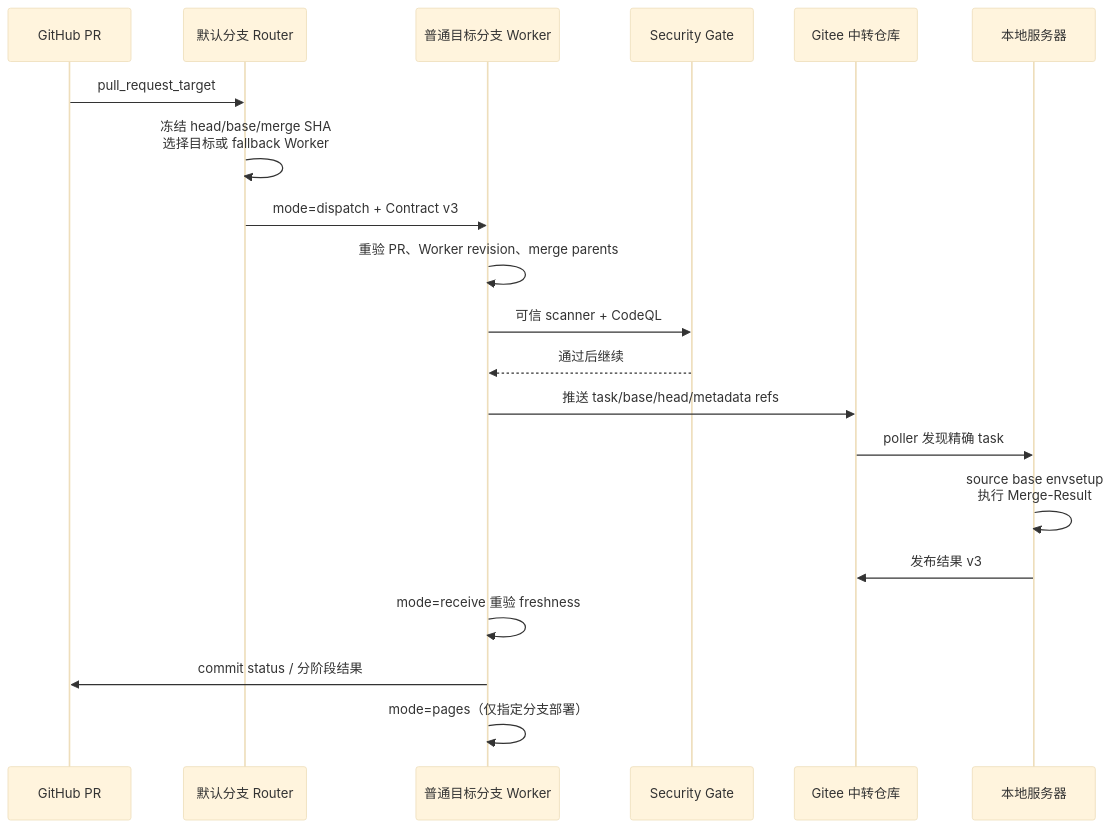
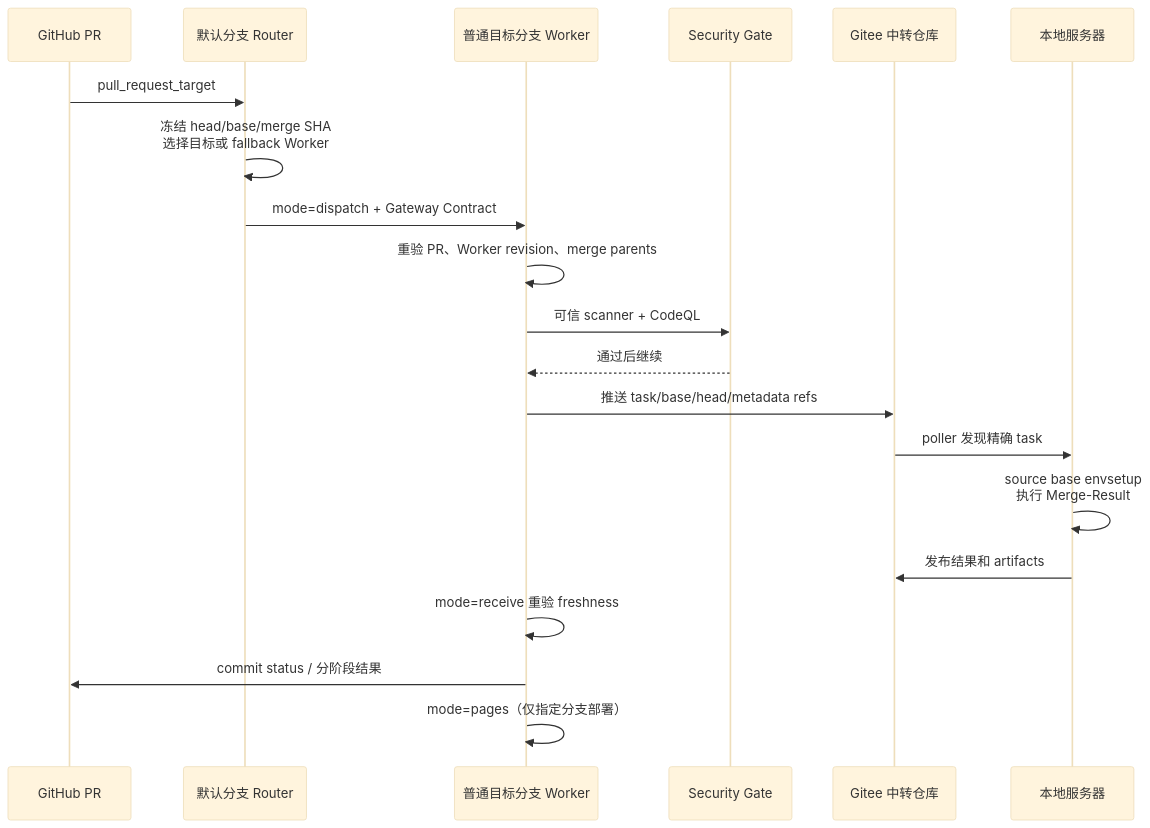
Before and after one commit to anteloper-c/triton-anchor: the diagram in docs/multibranch_ci_gateway_zh.md, drawn with Mermaid (base theme). The commit also changed other lines of this file and 13 other files, not shown here.

````diff
--- a/docs/multibranch_ci_gateway_zh.md
+++ b/docs/multibranch_ci_gateway_zh.md
@@ -59,23 +59,23 @@
 ```mermaid
 sequenceDiagram
   participant GH as GitHub PR
   participant R as 默认分支 Router
   participant W as 普通目标分支 Worker
   participant S as Security Gate
   participant G as Gitee 中转仓库
   participant L as 本地服务器
 
   GH->>R: pull_request_target
   R->>R: 冻结 head/base/merge SHA<br/>选择目标或 fallback Worker
-  R->>W: mode=dispatch + Contract v3
+  R->>W: mode=dispatch + Gateway Contract
   W->>W: 重验 PR、Worker revision、merge parents
   W->>S: 可信 scanner + CodeQL
   S-->>W: 通过后继续
   W->>G: 推送 task/base/head/metadata refs
   G->>L: poller 发现精确 task
   L->>L: source base envsetup<br/>执行 Merge-Result
-  L->>G: 发布结果 v3
+  L->>G: 发布结果和 artifacts
   W->>W: mode=receive 重验 freshness
   W->>GH: commit status / 分阶段结果
   W->>W: mode=pages（仅指定分支部署）
 ```
````
